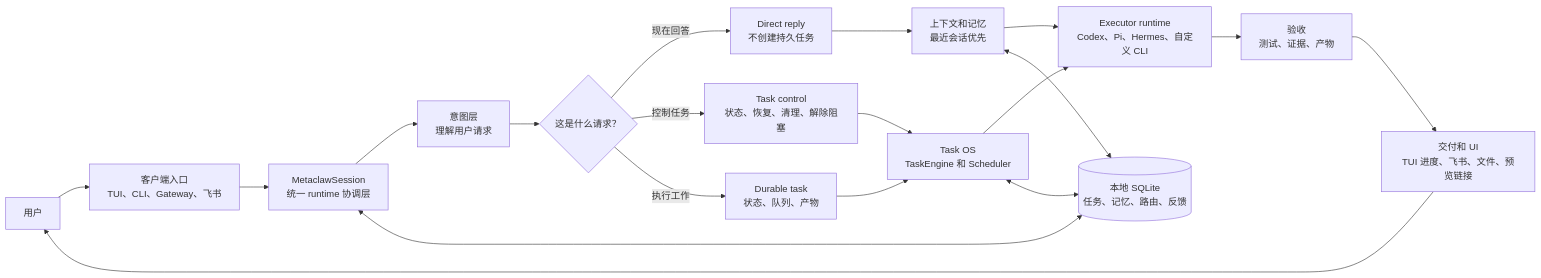
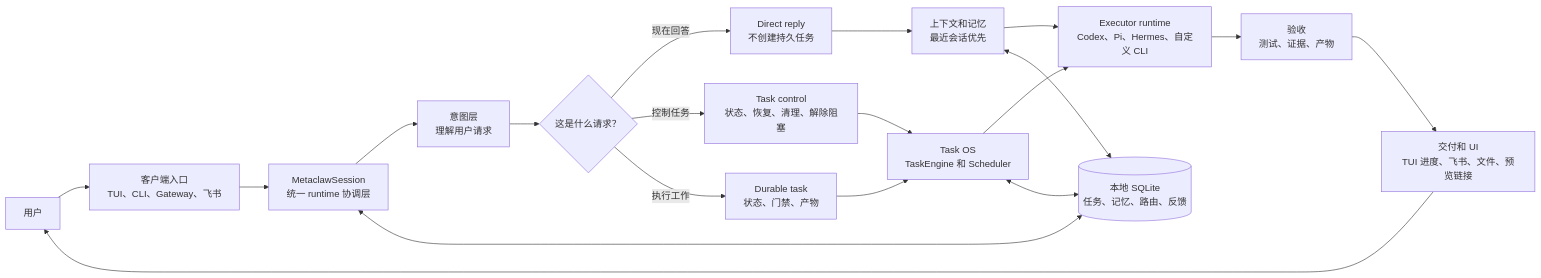
One commit to IFOSR/metaclaw changed the first of 4 diagrams in README.zh-CN.md. Above: the diagram before and after it, drawn with Mermaid. The commit also changed other lines of this file and 1 other file, not shown here.

````diff
--- a/README.zh-CN.md
+++ b/README.zh-CN.md
@@ -31,23 +32,23 @@
 ```mermaid
 flowchart LR
   User[用户] --> Surfaces[客户端入口<br/>TUI、CLI、Gateway、飞书]
   Surfaces --> Session[MetaclawSession<br/>统一 runtime 协调层]
   Session --> Intent[意图层<br/>理解用户请求]
   Intent --> Choice{这是什么请求？}
   Choice -->|现在回答| Conversation[Direct reply<br/>不创建持久任务]
   Choice -->|控制任务| Control[Task control<br/>状态、恢复、清理、解除阻塞]
-  Choice -->|执行工作| Durable[Durable task<br/>状态、队列、产物]
+  Choice -->|执行工作| Durable[Durable task<br/>状态、门禁、产物]
 
   Conversation --> Context[上下文和记忆<br/>最近会话优先]
   Control --> TaskOS[Task OS<br/>TaskEngine 和 Scheduler]
   Durable --> TaskOS
   Context --> Executors[Executor runtime<br/>Codex、Pi、Hermes、自定义 CLI]
   TaskOS --> Executors
   Executors --> Verify[验收<br/>测试、证据、产物]
   Verify --> Delivery[交付和 UI<br/>TUI 进度、飞书、文件、预览链接]
   Delivery --> User
 
   Session <--> Store[(本地 SQLite<br/>任务、记忆、路由、反馈)]
   Context <--> Store
   TaskOS <--> Store
 ```
````
